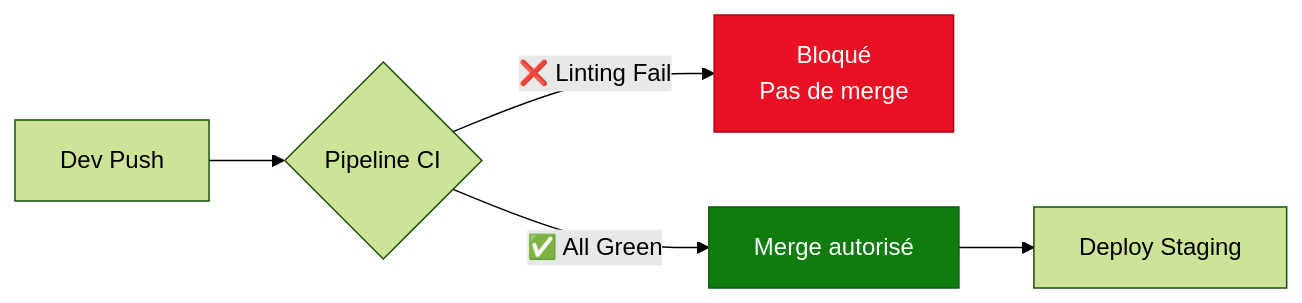
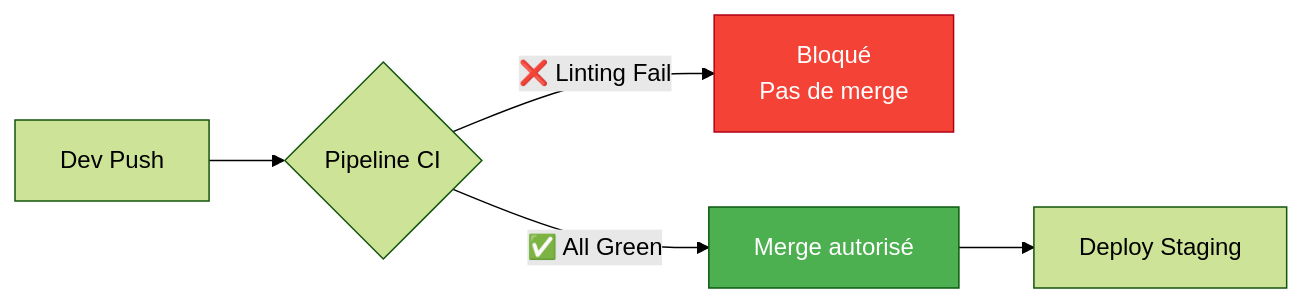
One commit to VBlackJack/ShellBook changed the second of 2 diagrams in docs/formations/devops-foundation/04-module.md. Above: the diagram before and after it, drawn with Mermaid (forest theme). The commit also changed other lines of this file and 337 other files, not shown here.

First line of the commit message:
refactor(docs): Standardize code blocks and Mermaid colors

````diff
--- a/docs/formations/devops-foundation/04-module.md
+++ b/docs/formations/devops-foundation/04-module.md
@@ -123,10 +123,10 @@
 ```mermaid
 flowchart LR
     A[Dev Push] --> B{Pipeline CI}
     B -->|❌ Linting Fail| C[Bloqué<br/>Pas de merge]
     B -->|✅ All Green| D[Merge autorisé]
     D --> E[Deploy Staging]
 
-    style C fill:#e81123,stroke:#b00016,color:#fff
-    style D fill:#107c10,stroke:#0b5a0d,color:#fff
+    style C fill:#f44336,stroke:#b00016,color:#fff
+    style D fill:#4CAF50,stroke:#0b5a0d,color:#fff
 ```
````
